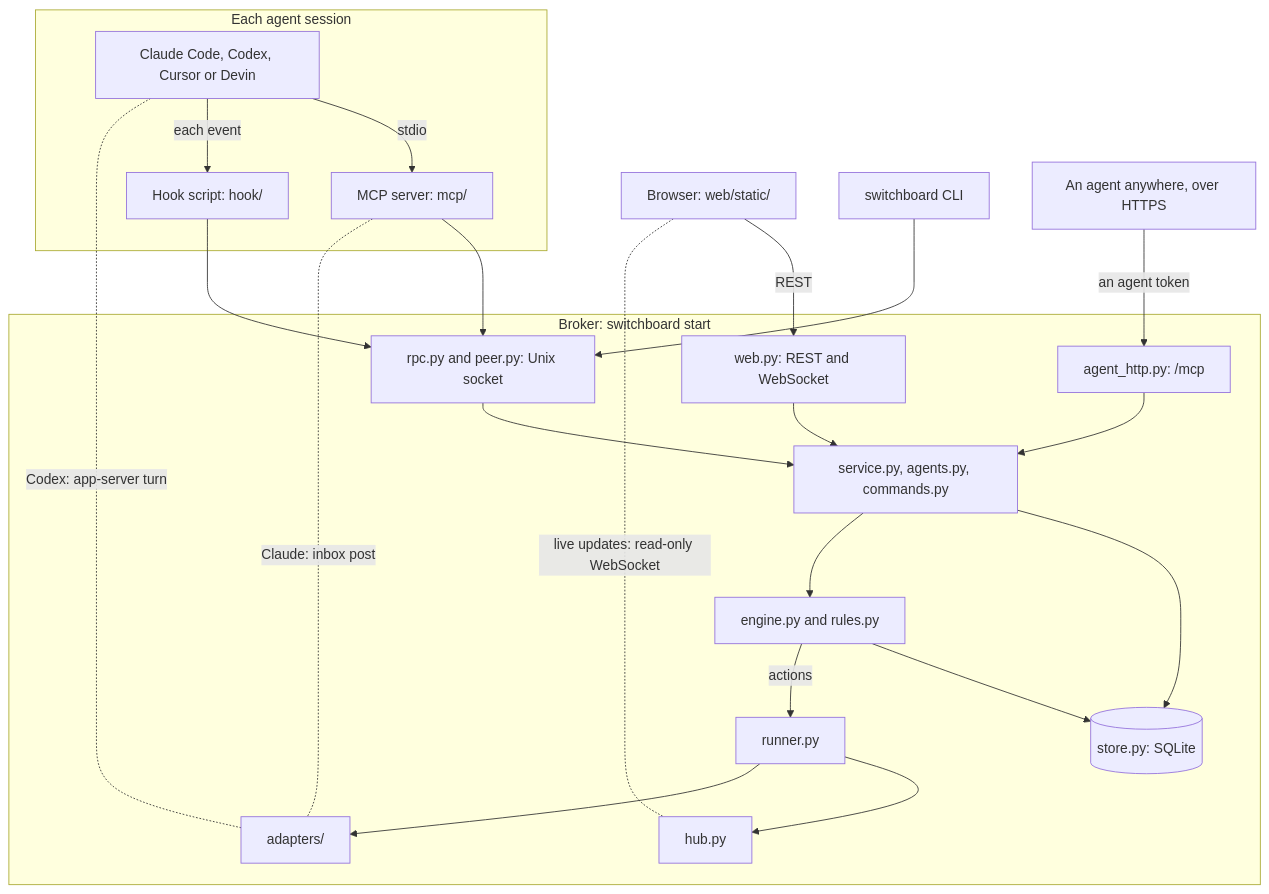
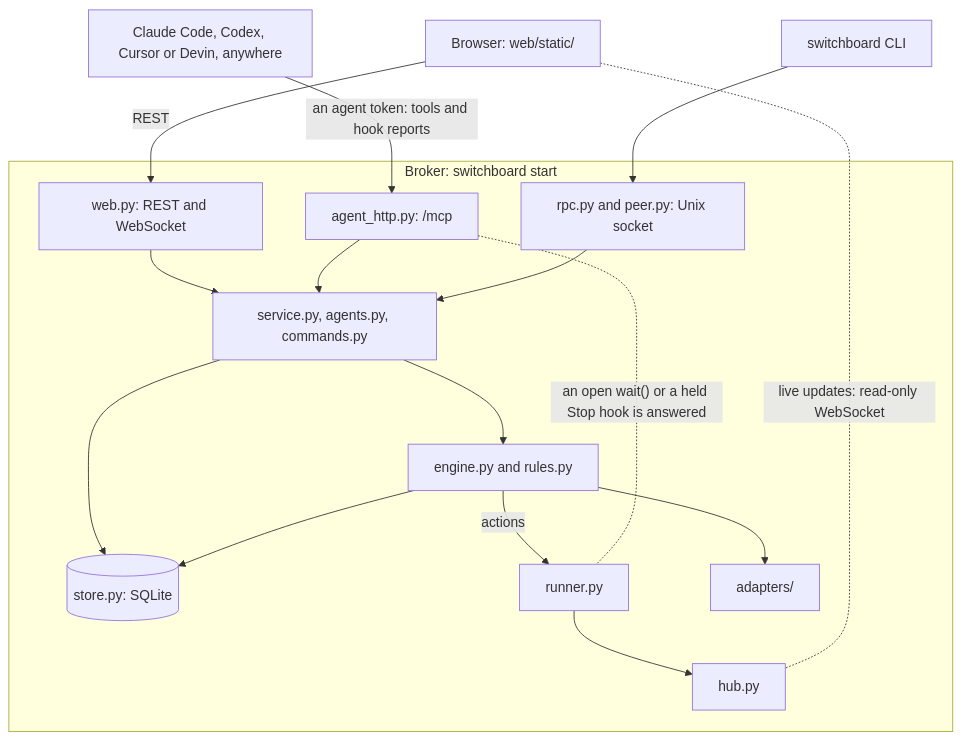
Before and after one commit to amahpour/switchboard: the diagram in docs/ARCHITECTURE.md, drawn with Mermaid. The commit also changed other lines of this file and 217 other files, not shown here.

Commit message:
feat!: agents connect over HTTPS only; retire the local MCP server, hook script and local agent path (#474)

````diff
--- a/docs/ARCHITECTURE.md
+++ b/docs/ARCHITECTURE.md
@@ -9,42 +9,32 @@
 ```mermaid
 flowchart TB
-  subgraph session["Each agent session"]
-    harness["Claude Code, Codex, Cursor or Devin"]
-    mcp["MCP server: mcp/"]
-    hook["Hook script: hook/"]
-  end
+  harness["Claude Code, Codex, Cursor or Devin, anywhere"]
   browser["Browser: web/static/"]
   cli["switchboard CLI"]
-  elsewhere["An agent anywhere, over HTTPS"]
   subgraph broker["Broker: switchboard start"]
     web["web.py: REST and WebSocket"]
     http["agent_http.py: /mcp"]
     rpc["rpc.py and peer.py: Unix socket"]
     svc["service.py, agents.py, commands.py"]
     engine["engine.py and rules.py"]
     store[("store.py: SQLite")]
     runner["runner.py"]
     hub["hub.py"]
     adapters["adapters/"]
   end
 
-  harness -- "stdio" --> mcp
-  harness -- "each event" --> hook
+  harness -- "an agent token: tools and hook reports" --> http
   browser -- "REST" --> web
-  mcp --> rpc
-  hook --> rpc
   cli --> rpc
-  elsewhere -- "an agent token" --> http
   web --> svc
   http --> svc
   rpc --> svc
   svc --> store
   svc --> engine
   engine --> store
+  engine --> adapters
   engine -- "actions" --> runner
   runner --> hub
-  runner --> adapters
   browser -. "live updates: read-only WebSocket" .- hub
-  mcp -. "Claude: inbox post" .- adapters
-  harness -. "Codex: app-server turn" .- adapters
+  http -. "an open wait() or a held Stop hook is answered" .- runner
 ```
````
